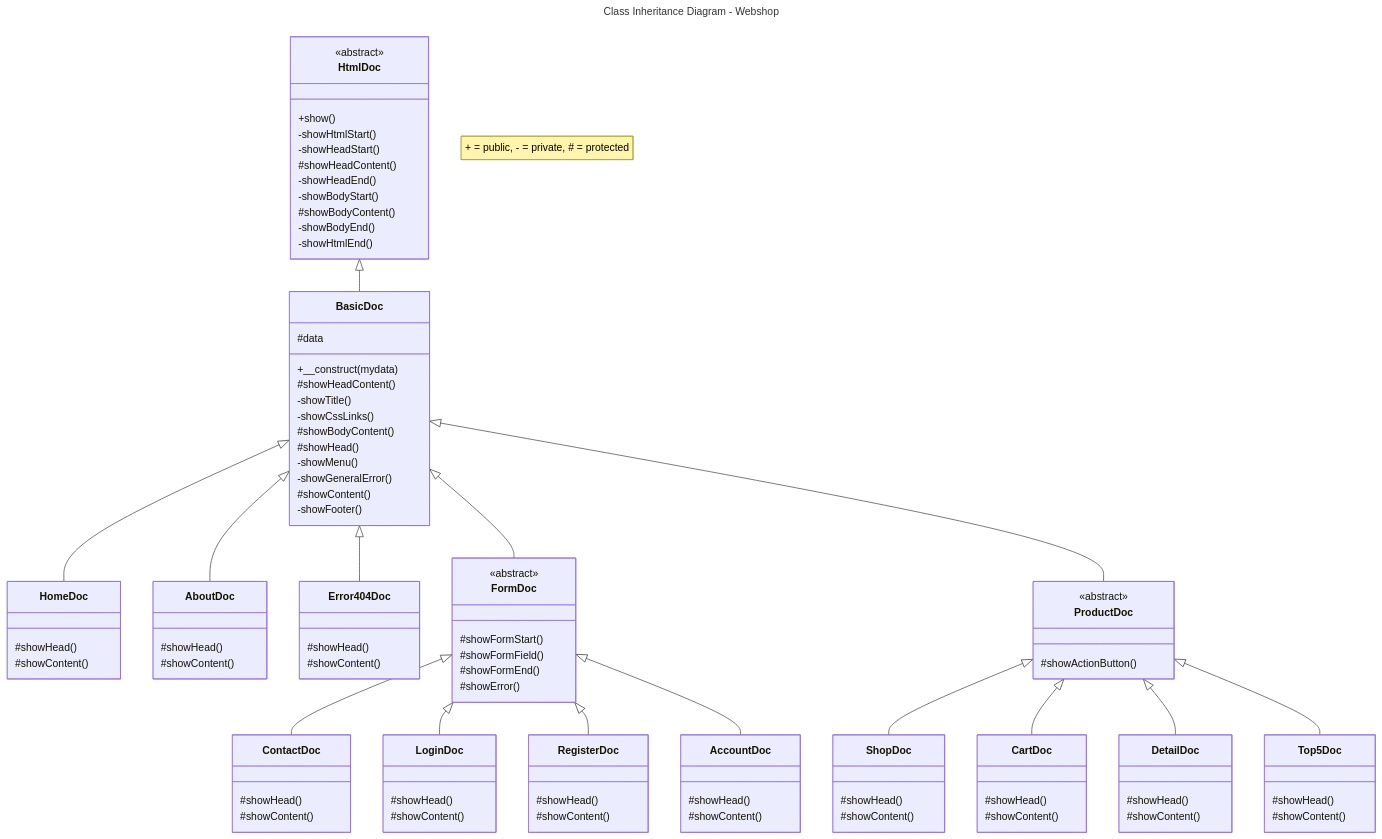
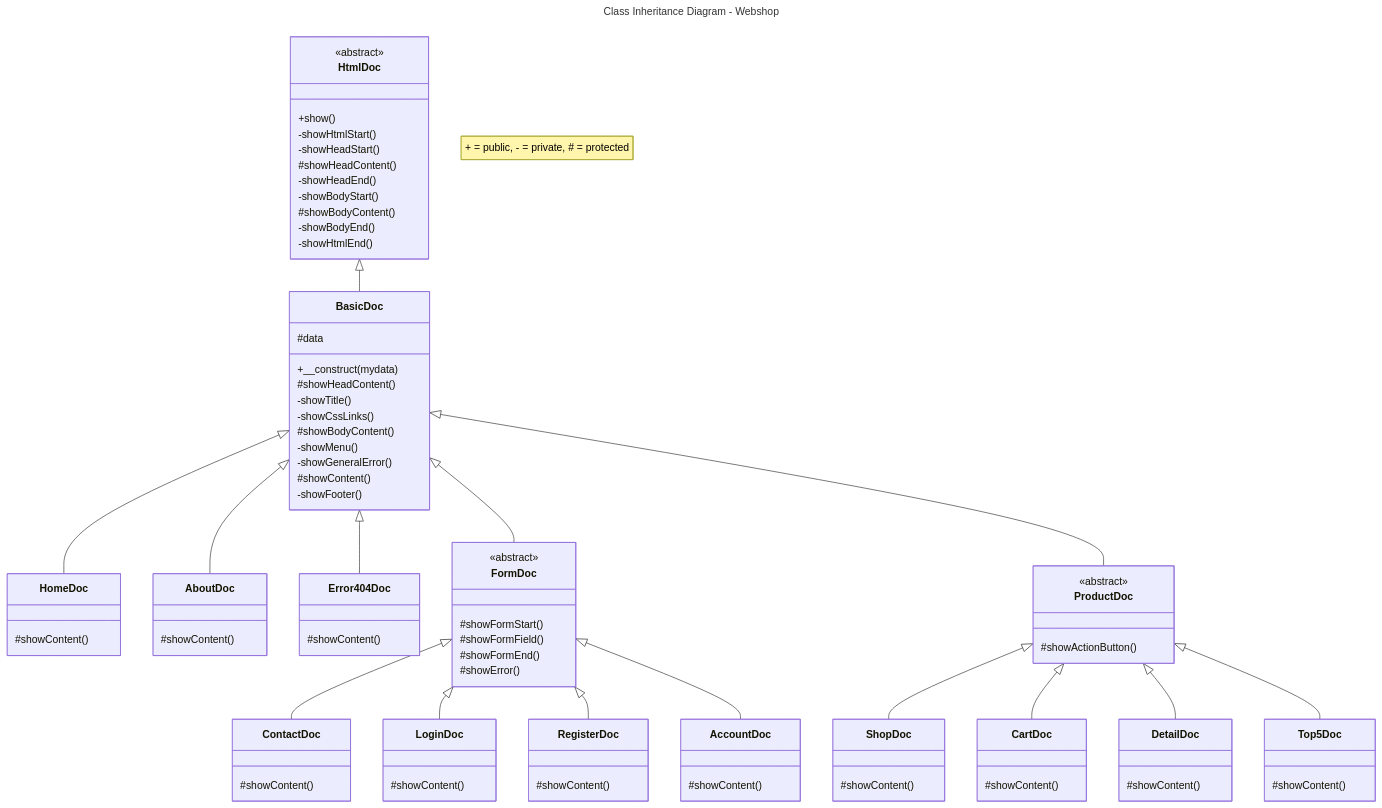
One commit to JeroenHeemskerk/educom-webshop-oop-1713521403 changed the diagram in Diagrams/class-inheritance-diagram-webshop.md. Above: the diagram before and after it, drawn with Mermaid.

Commit message:
01A: opdr 4.1, issue 2; pagina docs hoeven niet showHead te overriden (voor nu)

```diff
--- a/Diagrams/class-inheritance-diagram-webshop.md
+++ b/Diagrams/class-inheritance-diagram-webshop.md
@@ -43,22 +43,18 @@
         -showTitle()
         -showCssLinks()
         #showBodyContent()
-        #showHead()
         -showMenu()
         -showGeneralError()
         #showContent()
         -showFooter()
     }
     class HomeDoc{
-        #showHead()
         #showContent()
     }
     class AboutDoc{
-        #showHead()
         #showContent()
     }
     class Error404Doc{
-        #showHead()
         #showContent()
     }
     class FormDoc{
@@ -69,19 +65,15 @@
         #showError()
     }
     class ContactDoc{
-        #showHead()
         #showContent()
     }
     class LoginDoc{
-        #showHead()
         #showContent()
     }
     class RegisterDoc{
-        #showHead()
         #showContent()
     }
     class AccountDoc {
-        #showHead()
         #showContent()
     }
     class ProductDoc{
@@ -89,19 +81,15 @@
         #showActionButton() 
     }
     class ShopDoc{
-        #showHead()
         #showContent()
     }
     class DetailDoc{
-        #showHead()
         #showContent()
     }
     class CartDoc{
-        #showHead()
         #showContent()
     }
     class Top5Doc{
-        #showHead()
         #showContent()
     }
 
```
